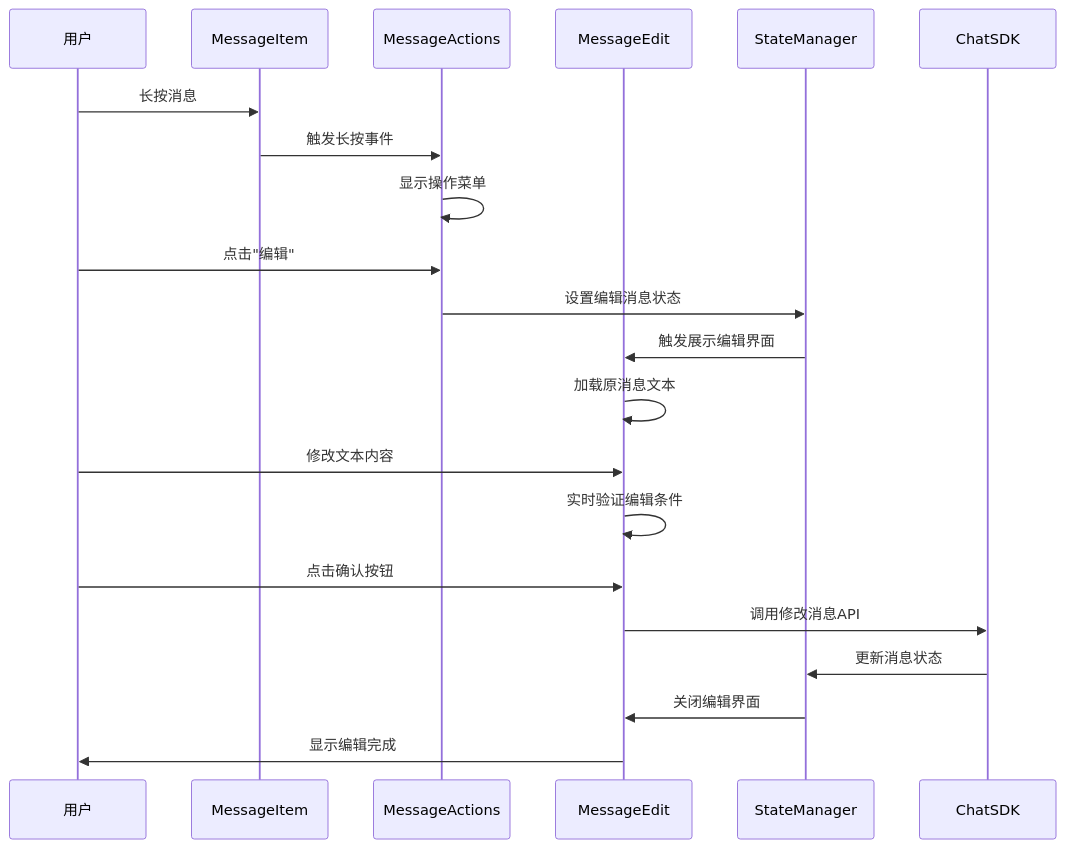
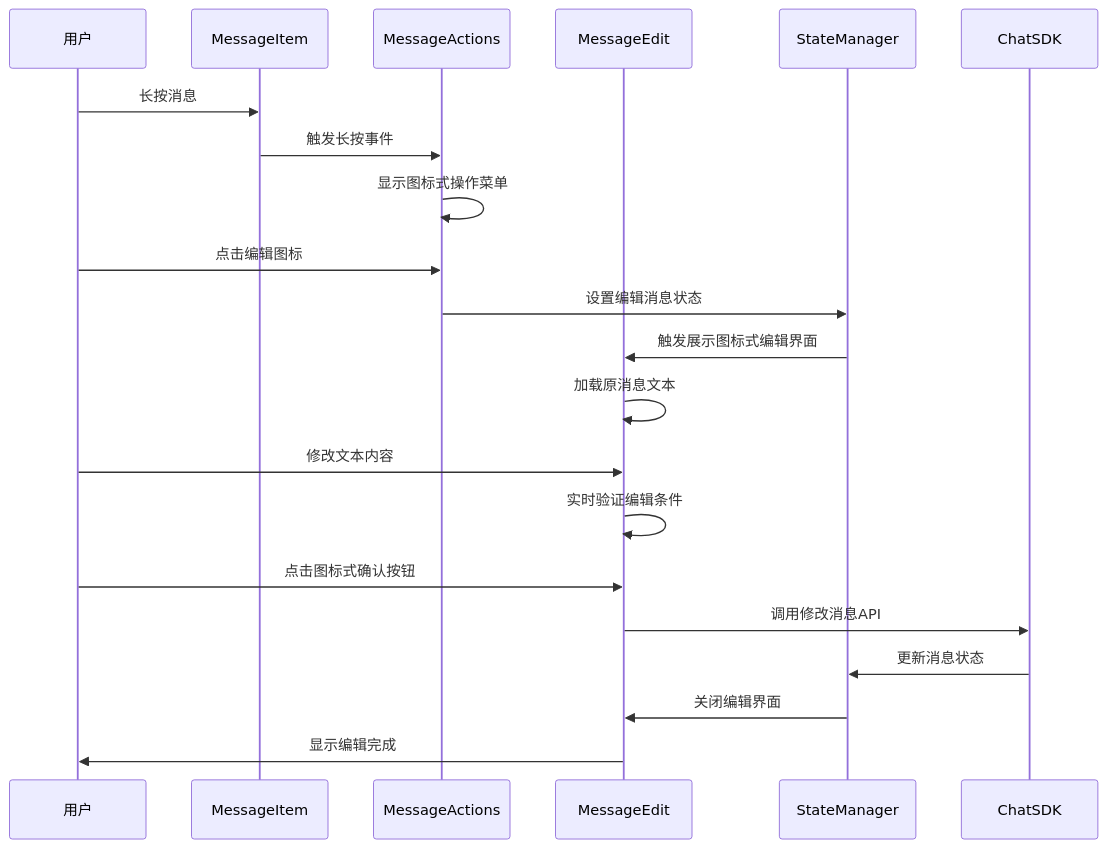
Before and after one commit to Easemob-Community/easemob-uikit-uniapp-community: the second of 10 diagrams in .qoder/repowiki/zh/content/消息编辑功能.md, drawn with Mermaid. The commit also changed other lines of this file and 4 other files, not shown here.

````diff
--- a/.qoder/repowiki/zh/content/消息编辑功能.md
+++ b/.qoder/repowiki/zh/content/消息编辑功能.md
@@ -130,23 +137,23 @@
 ```mermaid
 sequenceDiagram
 participant U as 用户
 participant MI as MessageItem
 participant MA as MessageActions
 participant ME as MessageEdit
 participant MS as StateManager
 participant SDK as ChatSDK
 U->>MI : 长按消息
 MI->>MA : 触发长按事件
-MA->>MA : 显示操作菜单
-U->>MA : 点击"编辑"
+MA->>MA : 显示图标式操作菜单
+U->>MA : 点击编辑图标
 MA->>MS : 设置编辑消息状态
-MS->>ME : 触发展示编辑界面
+MS->>ME : 触发展示图标式编辑界面
 ME->>ME : 加载原消息文本
 U->>ME : 修改文本内容
 ME->>ME : 实时验证编辑条件
-U->>ME : 点击确认按钮
+U->>ME : 点击图标式确认按钮
 ME->>SDK : 调用修改消息API
 SDK->>MS : 更新消息状态
 MS->>ME : 关闭编辑界面
 ME->>U : 显示编辑完成
 ```
````
